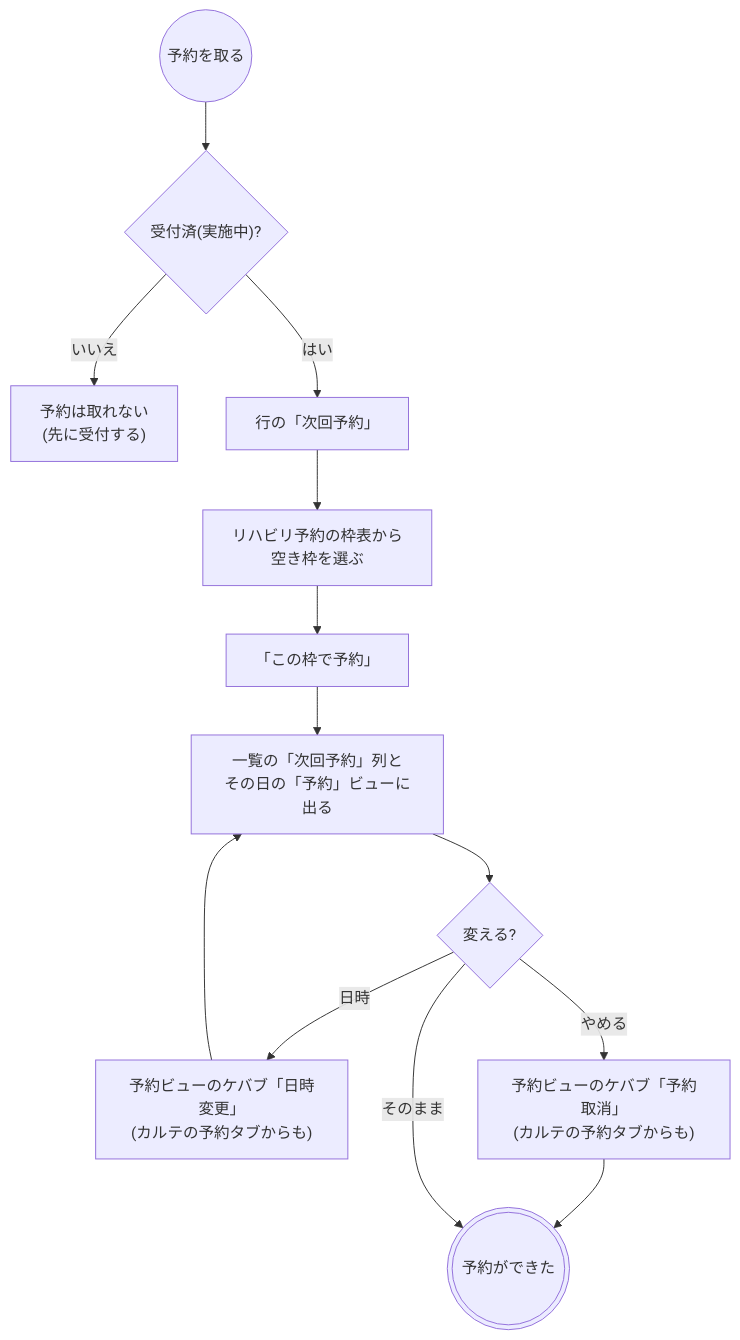
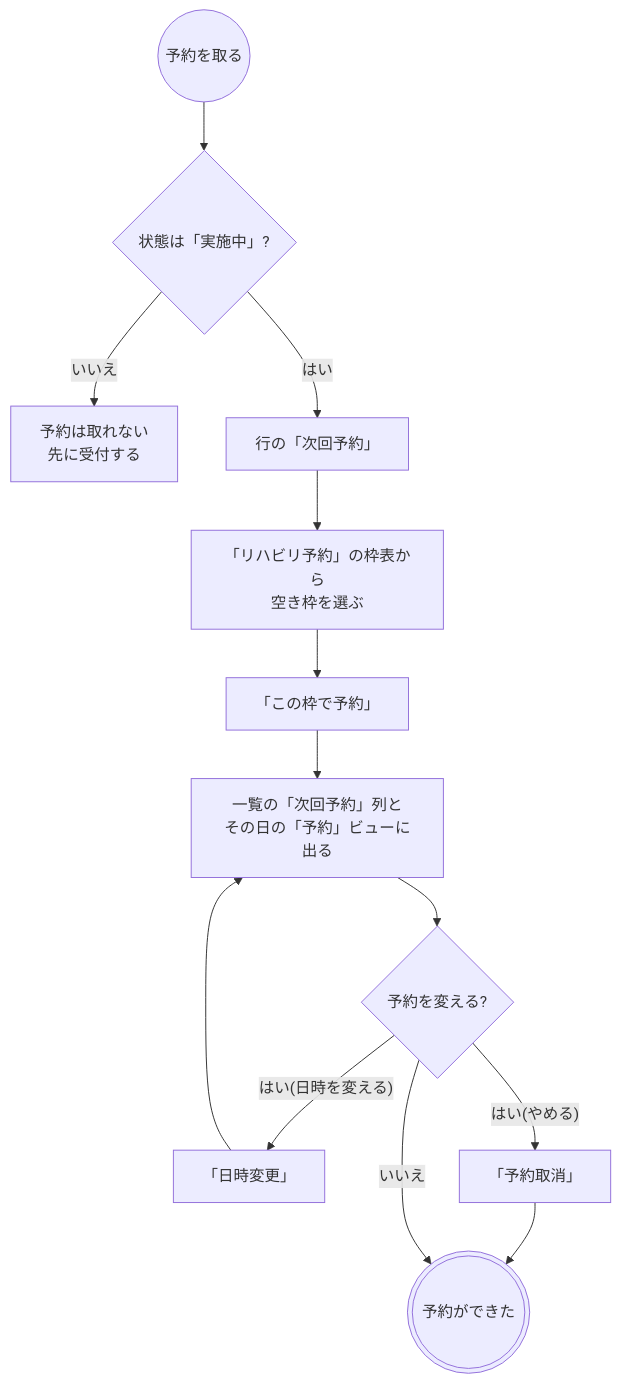
The third of 5 diagrams in docs/flows/rehab.md (ysnr-dev/fhir-client-docs), drawn with Mermaid before and after one commit. The commit also changed other lines of this file and 43 other files, not shown here.

Commit message:
docs: 業務フローとシーケンス図を写し直し

````diff
--- a/docs/flows/rehab.md
+++ b/docs/flows/rehab.md
@@ -127,21 +116,21 @@
 ```mermaid
 flowchart TD
   start(("予約を取る"))
-  accepted{"受付済(実施中)?"}
-  stop["予約は取れない<br/>(先に受付する)"]
+  accepted{"状態は「実施中」?"}
+  stop["予約は取れない<br/>先に受付する"]
   book["行の「次回予約」"]
-  pick["リハビリ予約の枠表から<br/>空き枠を選ぶ"]
+  pick["「リハビリ予約」の枠表から<br/>空き枠を選ぶ"]
   save["「この枠で予約」"]
   listed["一覧の「次回予約」列と<br/>その日の「予約」ビューに出る"]
-  change{"変える?"}
-  move["予約ビューのケバブ「日時変更」<br/>(カルテの予約タブからも)"]
-  cancel["予約ビューのケバブ「予約取消」<br/>(カルテの予約タブからも)"]
+  change{"予約を変える?"}
+  move["「日時変更」"]
+  cancel["「予約取消」"]
   done((("予約ができた")))
 
   start --> accepted
   accepted -- "いいえ" --> stop
   accepted -- "はい" --> book --> pick --> save --> listed --> change
-  change -- "日時" --> move --> listed
-  change -- "やめる" --> cancel --> done
-  change -- "そのまま" --> done
+  change -- "はい(日時を変える)" --> move --> listed
+  change -- "はい(やめる)" --> cancel --> done
+  change -- "いいえ" --> done
 ```
````
